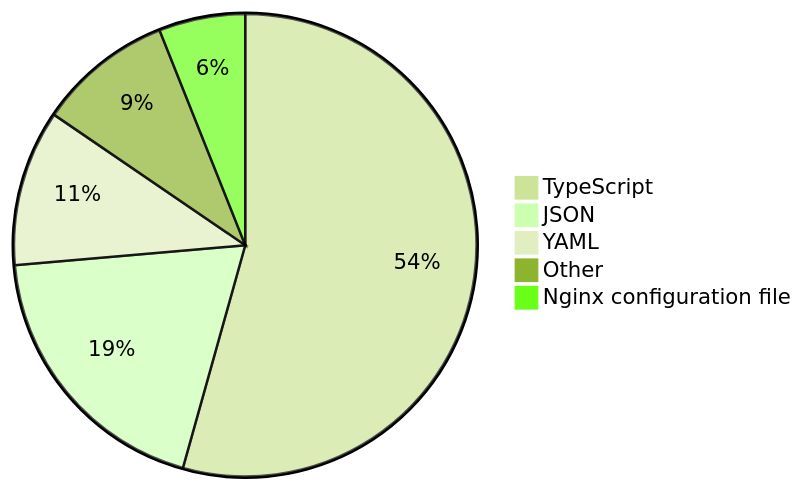
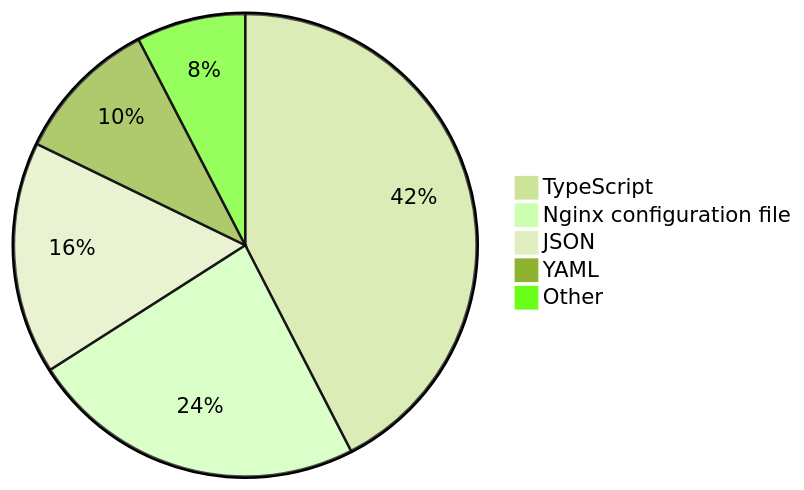
The diagram in README.md (skvggor/skvggor), drawn with Mermaid (forest theme) before and after one commit.

Commit message:
Updated waka-readme graph with new metrics

````diff
--- a/README.md
+++ b/README.md
@@ -28,8 +28,8 @@
 ```mermaid
 pie
-    "TypeScript" : 51.3
-    "JSON" : 18.2
-    "YAML" : 10.3
-    "Other" : 8.9
-    "Nginx configuration file" : 5.7
+    "TypeScript" : 37.9
+    "Nginx configuration file" : 21.0
+    "JSON" : 14.5
+    "YAML" : 9.1
+    "Other" : 6.8
 ```
````
